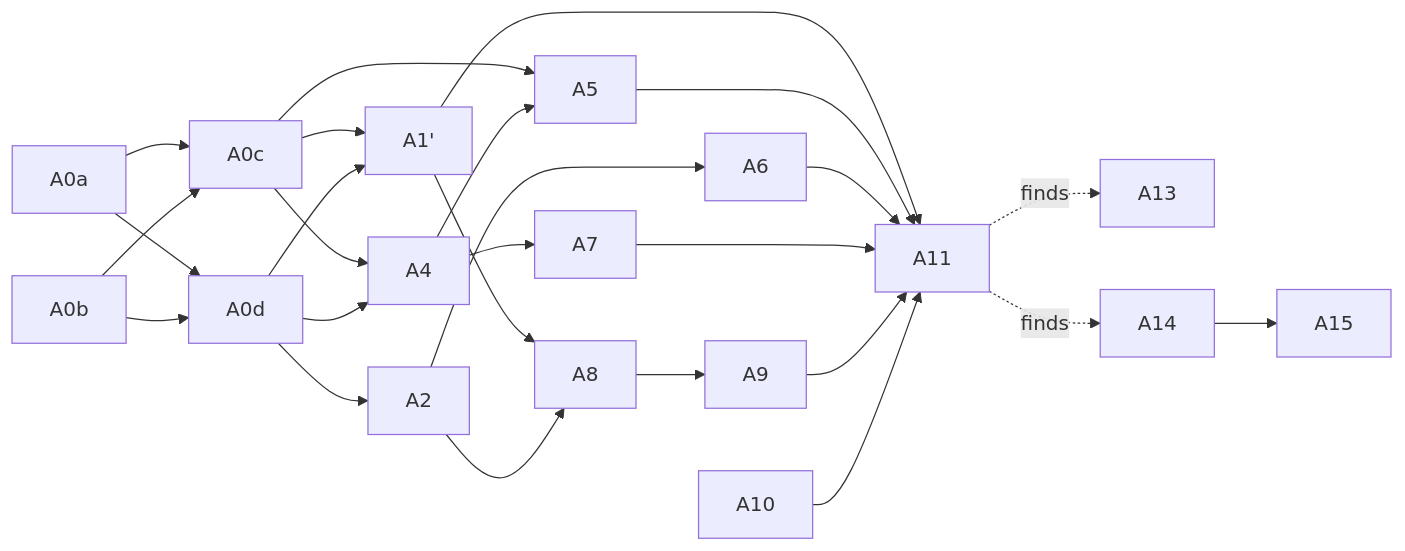
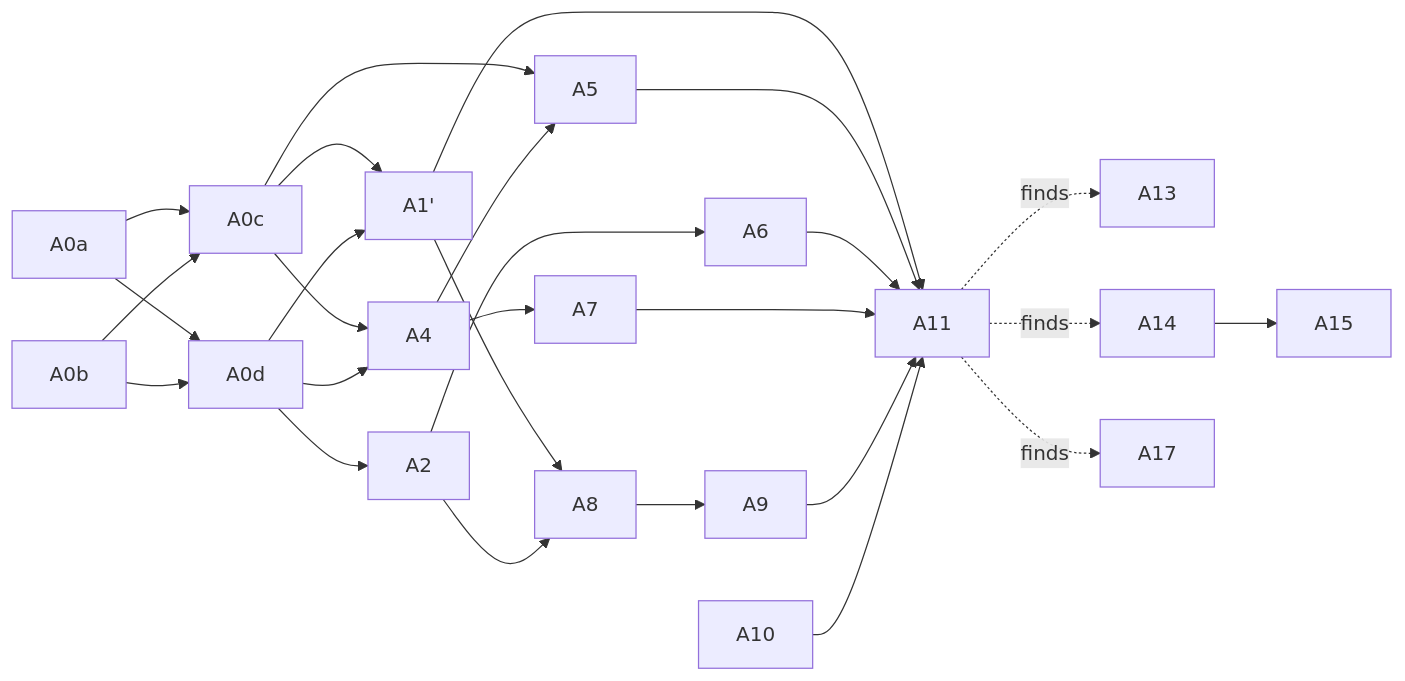
One commit to Rainnystone/larkent changed the diagram in docs/specs/automations/tickets/README.md. Above: the diagram before and after it, drawn with Mermaid. The commit also changed other lines of this file and 3 other files, not shown here.

````diff
--- a/docs/specs/automations/tickets/README.md
+++ b/docs/specs/automations/tickets/README.md
@@ -42,24 +44,25 @@
 ```mermaid
 graph LR
   A0a --> A0c
   A0b --> A0c
   A0a --> A0d
   A0b --> A0d
   A0c --> A1p["A1'"]
   A0d --> A1p
   A0d --> A2
   A0c --> A4
   A0d --> A4
   A0c --> A5
   A4 --> A5
   A2 --> A6
   A4 --> A7
   A1p --> A8
   A2 --> A8
   A8 --> A9
   A10
   A1p & A5 & A6 & A7 & A9 & A10 --> A11
   A11 -.finds.-> A13
   A11 -.finds.-> A14
   A14 --> A15
+  A11 -.finds.-> A17
 ```
````
